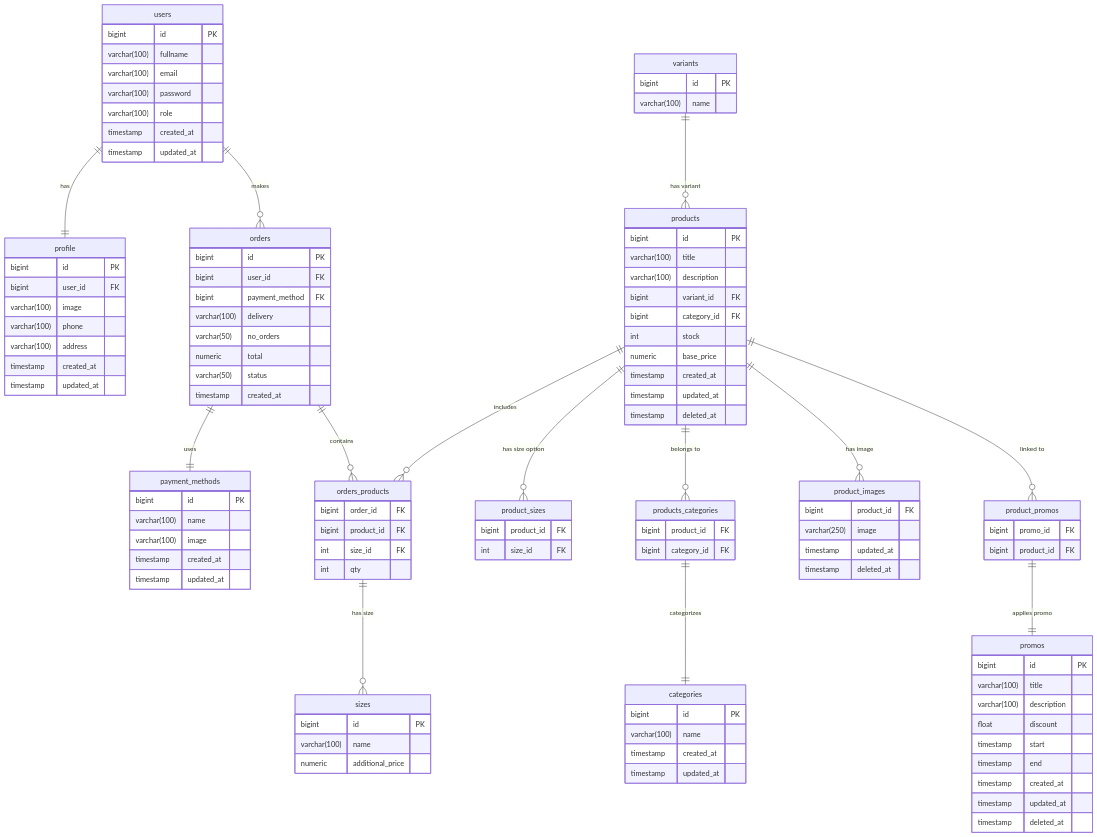
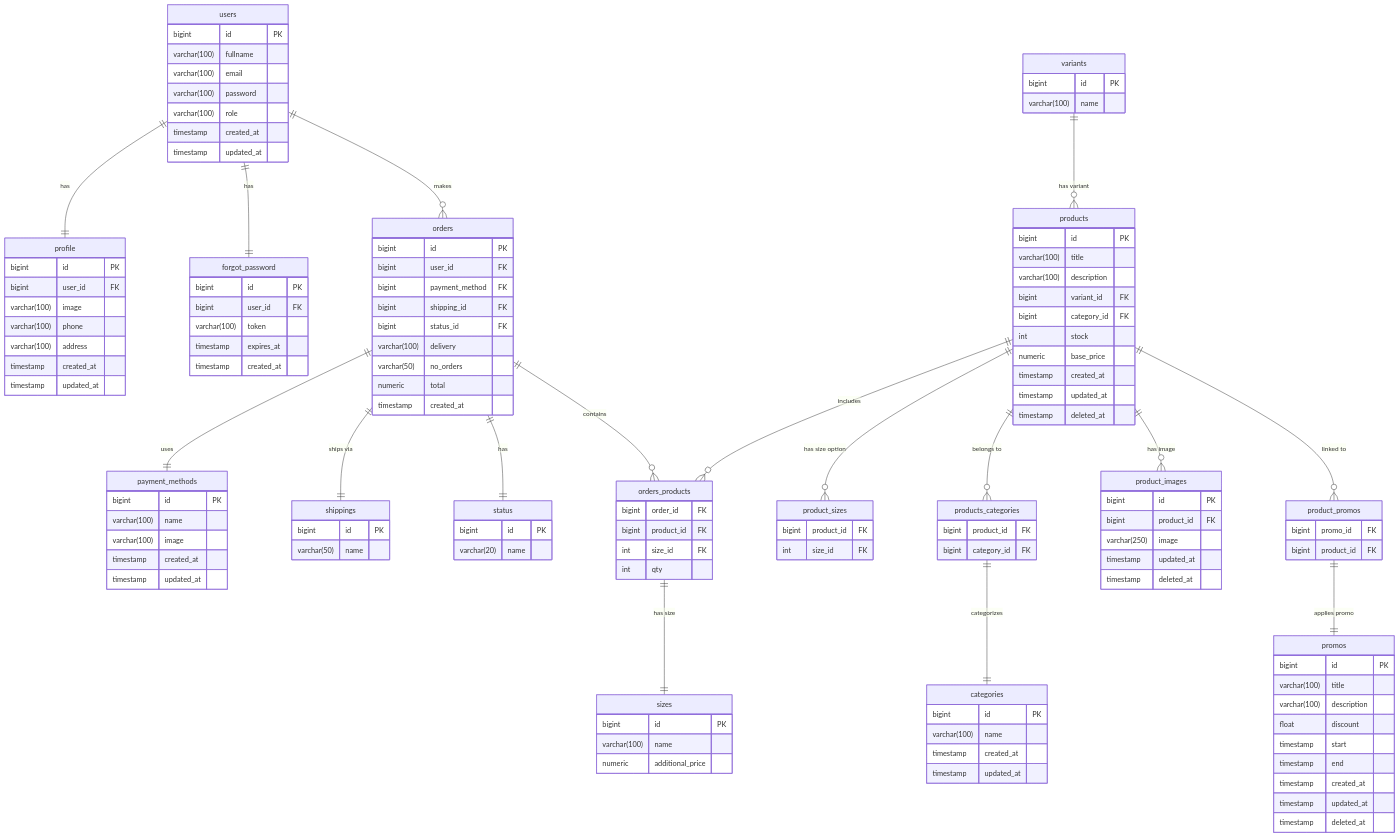
The diagram in README.md (MohamadDimasPrayoga1010/koda-b4-db-weekly), drawn with Mermaid before and after one commit. The commit also changed other lines of this file, not shown here.

````diff
--- a/README.md
+++ b/README.md
@@ -2,5 +3,6 @@
 ```mermaid
 erDiagram
+
 
 users { 
     bigint id PK
@@ -22,6 +24,14 @@
     timestamp updated_at
 }
 
+forgot_password {
+    bigint id PK
+    bigint user_id FK
+    varchar(100) token
+    timestamp expires_at
+    timestamp created_at
+}
+
 variants {
     bigint id PK
     varchar(100) name
@@ -32,6 +42,12 @@
     varchar(100) name
     timestamp created_at
     timestamp updated_at
+}
+
+sizes {
+    bigint id PK
+    varchar(100) name
+    numeric additional_price
 }
 
 products {
@@ -53,6 +69,7 @@
 }
 
 product_images {
+    bigint id PK
     bigint product_id FK
     varchar(250) image
     timestamp updated_at
@@ -84,21 +101,26 @@
     timestamp updated_at
 }
 
+shippings {
+    bigint id PK
+    varchar(50) name
+}
+
+status {
+    bigint id PK
+    varchar(20) name
+}
+
 orders {
     bigint id PK
     bigint user_id FK
     bigint payment_method FK
+    bigint shipping_id FK
+    bigint status_id FK
     varchar(100) delivery
     varchar(50) no_orders
     numeric total
-    varchar(50) status
     timestamp created_at
-}
-
-sizes {
-    bigint id PK
-    varchar(100) name
-    numeric additional_price
 }
 
 orders_products {
@@ -114,19 +136,26 @@
 }
 
 users ||--|| profile : "has"
+users ||--|| forgot_password : "has"
 users ||--o{ orders : "makes"
+
 orders ||--|| payment_methods : "uses"
+orders ||--|| shippings : "ships via"
+orders ||--|| status : "has"
 orders ||--o{ orders_products : "contains"
-orders_products ||--o{ sizes : "has size"
+
+orders_products ||--|| sizes : "has size"
 products ||--o{ orders_products : "includes"
 products ||--o{ product_sizes : "has size option"
+
 products ||--o{ products_categories : "belongs to"
 products_categories ||--|| categories : "categorizes"
+
 products ||--o{ product_images : "has image"
 products ||--o{ product_promos : "linked to"
 product_promos ||--|| promos : "applies promo"
+
 variants ||--o{ products : "has variant"
 
 
- 
 ```
````
